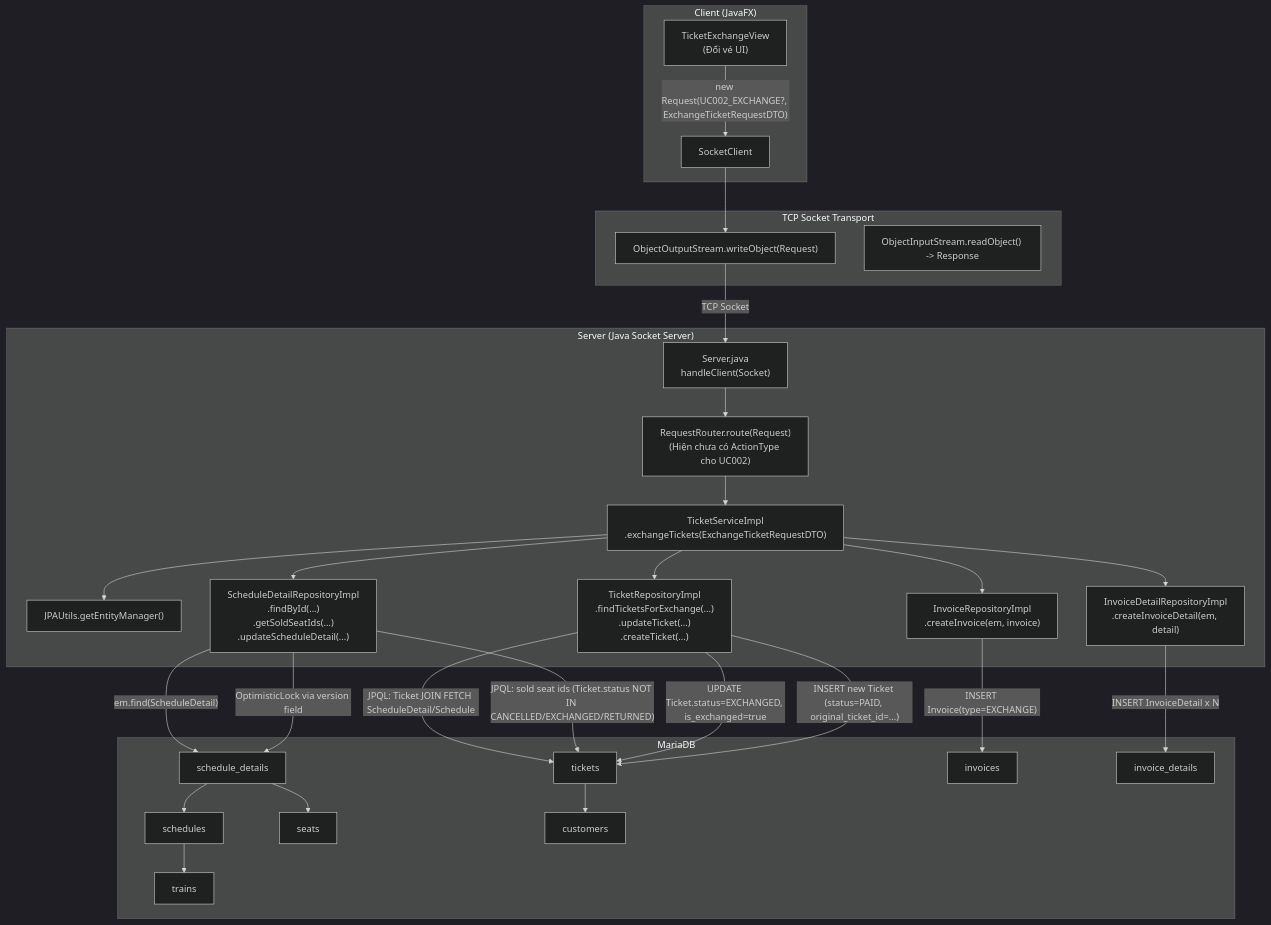
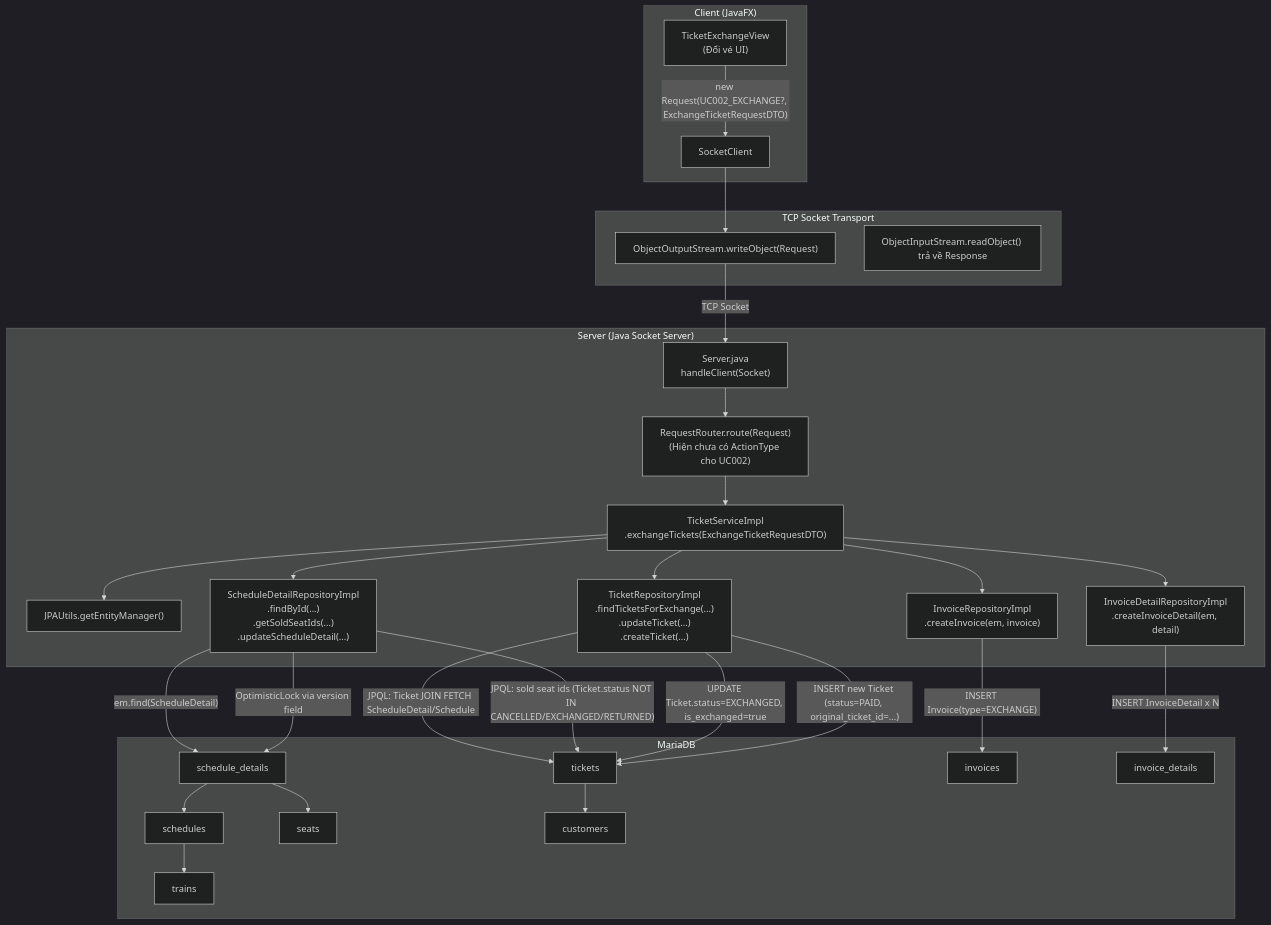
Before and after one commit to Distributed-Programing-Project/railway-reservation-system-server: the first of 3 diagrams in docs/diagrams/sequence/uc002-doi-ve.md, drawn with Mermaid (dark theme). The commit also changed other lines of this file and 1 other file, not shown here.

````diff
--- a/docs/diagrams/sequence/uc002-doi-ve.md
+++ b/docs/diagrams/sequence/uc002-doi-ve.md
@@ -7,60 +7,60 @@
 ```mermaid
 graph TB
     subgraph CLIENT ["Client (JavaFX)"]
-        UI["TicketExchangeView\n(Đổi vé UI)"]
+        UI["TicketExchangeView<br/>(Đổi vé UI)"]
         SC["SocketClient"]
     end
 
     subgraph TRANSPORT ["TCP Socket Transport"]
         OOS["ObjectOutputStream.writeObject(Request)"]
-        OIS["ObjectInputStream.readObject() -> Response"]
+        OIS["ObjectInputStream.readObject() trả về Response"]
     end
 
     subgraph SERVER ["Server (Java Socket Server)"]
-        SRV["Server.java\nhandleClient(Socket)"]
-        RR["RequestRouter.route(Request)\n(Hiện chưa có ActionType cho UC002)"]
-        SVC["TicketServiceImpl\n.exchangeTickets(ExchangeTicketRequestDTO)"]
+        SRV["Server.java<br/>handleClient(Socket)"]
+        RR["RequestRouter.route(Request)<br/>(Hiện chưa có ActionType cho UC002)"]
+        SVC["TicketServiceImpl<br/>.exchangeTickets(ExchangeTicketRequestDTO)"]
         JPA["JPAUtils.getEntityManager()"]
-        T_REPO["TicketRepositoryImpl\n.findTicketsForExchange(...)\n.updateTicket(...)\n.createTicket(...)"]
-        SD_REPO["ScheduleDetailRepositoryImpl\n.findById(...)\n.getSoldSeatIds(...)\n.updateScheduleDetail(...)"]
-        I_REPO["InvoiceRepositoryImpl\n.createInvoice(em, invoice)"]
-        ID_REPO["InvoiceDetailRepositoryImpl\n.createInvoiceDetail(em, detail)"]
+        T_REPO["TicketRepositoryImpl<br/>.findTicketsForExchange(...)<br/>.updateTicket(...)<br/>.createTicket(...)"]
+        SD_REPO["ScheduleDetailRepositoryImpl<br/>.findById(...)<br/>.getSoldSeatIds(...)<br/>.updateScheduleDetail(...)"]
+        I_REPO["InvoiceRepositoryImpl<br/>.createInvoice(em, invoice)"]
+        ID_REPO["InvoiceDetailRepositoryImpl<br/>.createInvoiceDetail(em, detail)"]
     end
 
     subgraph DB ["MariaDB"]
         T_TICKET["tickets"]
         T_SD["schedule_details"]
         T_SCH["schedules"]
         T_SEAT["seats"]
         T_TRAIN["trains"]
         T_CUS["customers"]
         T_INV["invoices"]
         T_INVD["invoice_details"]
     end
 
     UI -- "new Request(UC002_EXCHANGE?, ExchangeTicketRequestDTO)" --> SC
     SC --> OOS
     OOS -- "TCP Socket" --> SRV
     SRV --> RR
     RR --> SVC
 
     SVC --> JPA
     SVC --> T_REPO
     SVC --> SD_REPO
     SVC --> I_REPO
     SVC --> ID_REPO
 
     T_REPO -- "JPQL: Ticket JOIN FETCH ScheduleDetail/Schedule" --> T_TICKET
     SD_REPO -- "em.find(ScheduleDetail)" --> T_SD
     SD_REPO -- "JPQL: sold seat ids (Ticket.status NOT IN CANCELLED/EXCHANGED/RETURNED)" --> T_TICKET
     SD_REPO -- "OptimisticLock via version field" --> T_SD
     T_REPO -- "UPDATE Ticket.status=EXCHANGED, is_exchanged=true" --> T_TICKET
     T_REPO -- "INSERT new Ticket (status=PAID, original_ticket_id=...)" --> T_TICKET
     I_REPO -- "INSERT Invoice(type=EXCHANGE)" --> T_INV
     ID_REPO -- "INSERT InvoiceDetail x N" --> T_INVD
 
     T_TICKET --> T_CUS
     T_SD --> T_SCH
     T_SD --> T_SEAT
     T_SCH --> T_TRAIN
 ```
````
